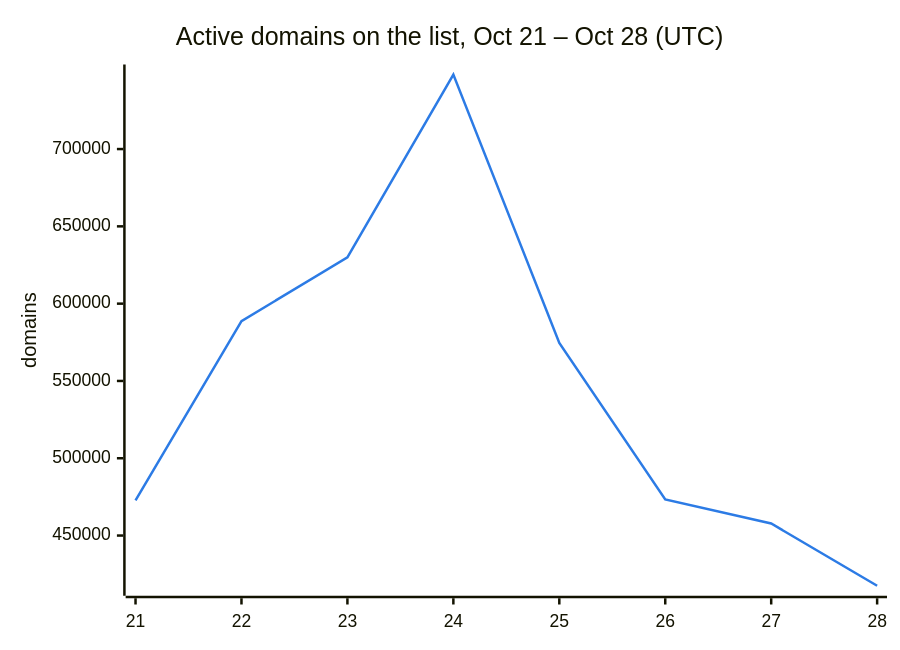
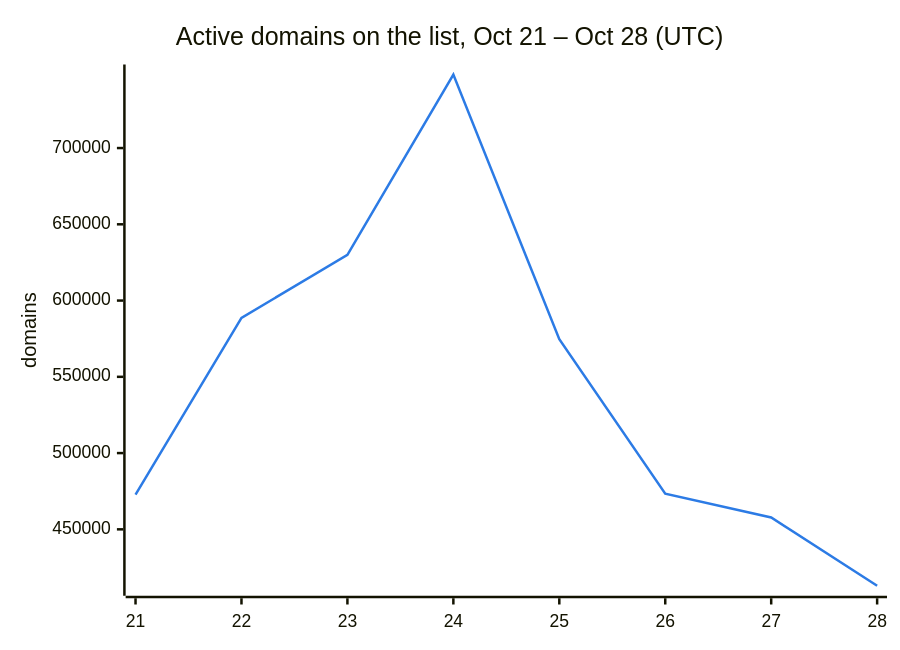
The second of 3 diagrams in README.md (DNSBunker/CTI), drawn with Mermaid before and after one commit. The commit also changed other lines of this file and 3 other files, not shown here.

````diff
--- a/README.md
+++ b/README.md
@@ -38,8 +38,8 @@
 ```mermaid
 %%{init: {"themeVariables": {"xyChart": {"plotColorPalette": "#2c7be5"}}}}%%
 xychart-beta
     title "Active domains on the list, Oct 21 – Oct 28 (UTC)"
     x-axis ["21", "22", "23", "24", "25", "26", "27", "28"]
     y-axis "domains"
-    line [472713, 588659, 629951, 748222, 574614, 473331, 457795, 417527]
+    line [472713, 588659, 629951, 748222, 574614, 473331, 457795, 413013]
 ```
````
